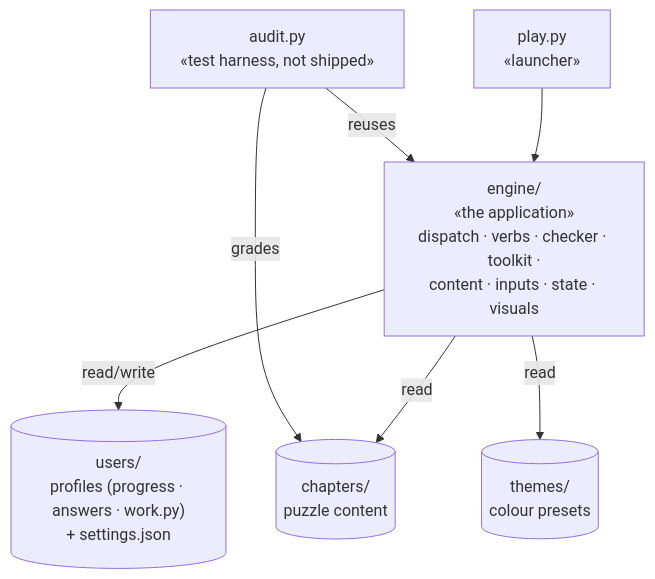
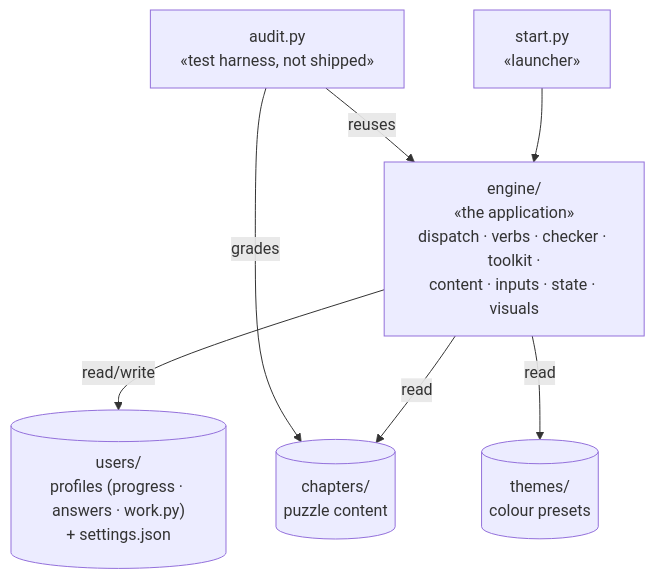
The second of 12 diagrams in docs/architecture/README.md (N041M/PyQuest), drawn with Mermaid before and after one commit. The commit also changed other lines of this file and 17 other files, not shown here.

First line of the commit message:
Consolidate entry points: start.py is the single launcher + dispatcher

````diff
--- a/docs/architecture/README.md
+++ b/docs/architecture/README.md
@@ -55,16 +55,16 @@
 ```mermaid
 flowchart TB
-    play["play.py<br/>«launcher»"]
+    play["start.py<br/>«launcher»"]
     engine["engine/<br/>«the application»<br/>dispatch · verbs · checker · toolkit ·<br/>content · inputs · state · visuals"]
     audit["audit.py<br/>«test harness, not shipped»"]
     chapters[("chapters/<br/>puzzle content")]
     users[("users/<br/>profiles (progress · answers · work.py)<br/>+ settings.json")]
     themes[("themes/<br/>colour presets")]
 
     play --> engine
     engine -->|read| chapters
     engine -->|read/write| users
     engine -->|read| themes
     audit -->|reuses| engine
     audit -->|grades| chapters
 ```
````
